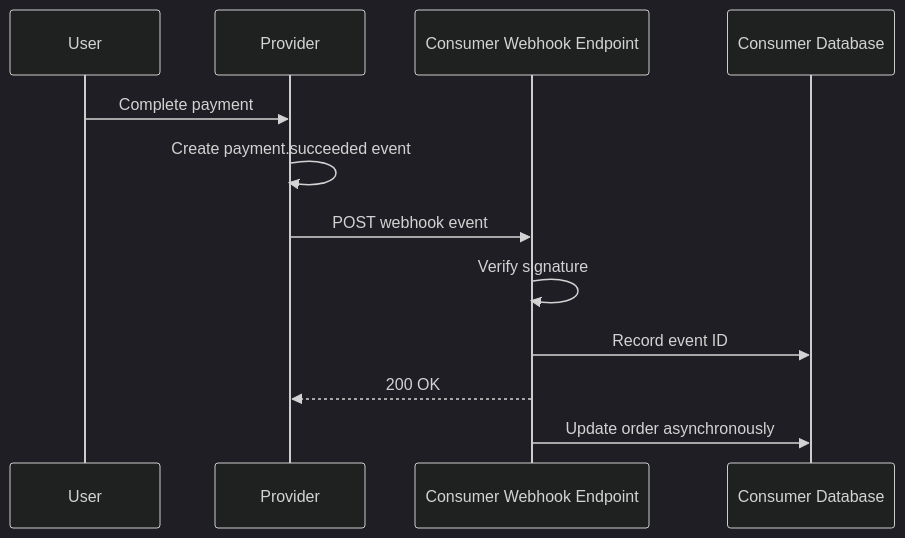
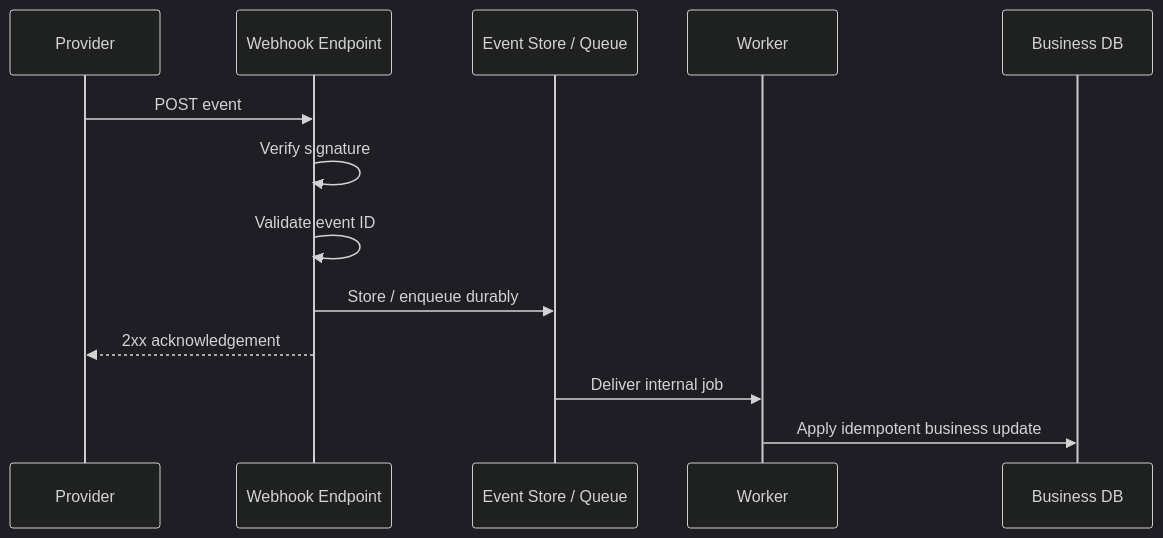
Before and after one commit to AvadhBhalodiya/Interview-Preparation: the first of 4 diagrams in src/content/api-design/webhooks.md, drawn with Mermaid (dark theme). The commit also changed other lines of this file and 54 other files, not shown here.

````diff
--- a/src/content/api-design/webhooks.md
+++ b/src/content/api-design/webhooks.md
@@ -22,15 +91,16 @@
 ```mermaid
 sequenceDiagram
-    participant U as User
     participant P as Provider
-    participant W as Consumer Webhook Endpoint
-    participant D as Consumer Database
+    participant W as Webhook Endpoint
+    participant S as Event Store / Queue
+    participant K as Worker
+    participant D as Business DB
 
-    U->>P: Complete payment
-    P->>P: Create payment.succeeded event
-    P->>W: POST webhook event
+    P->>W: POST event
     W->>W: Verify signature
-    W->>D: Record event ID
-    W-->>P: 200 OK
-    W->>D: Update order asynchronously
+    W->>W: Validate event ID
+    W->>S: Store / enqueue durably
+    W-->>P: 2xx acknowledgement
+    S->>K: Deliver internal job
+    K->>D: Apply idempotent business update
 ```
````
